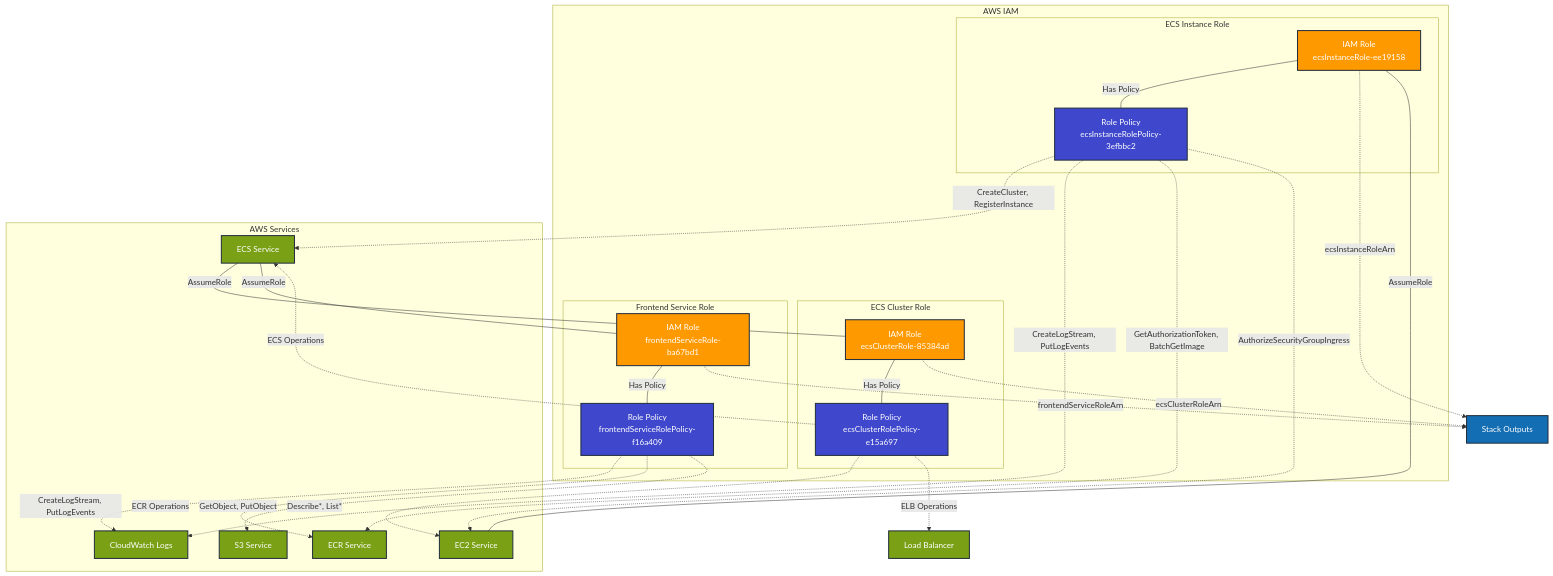
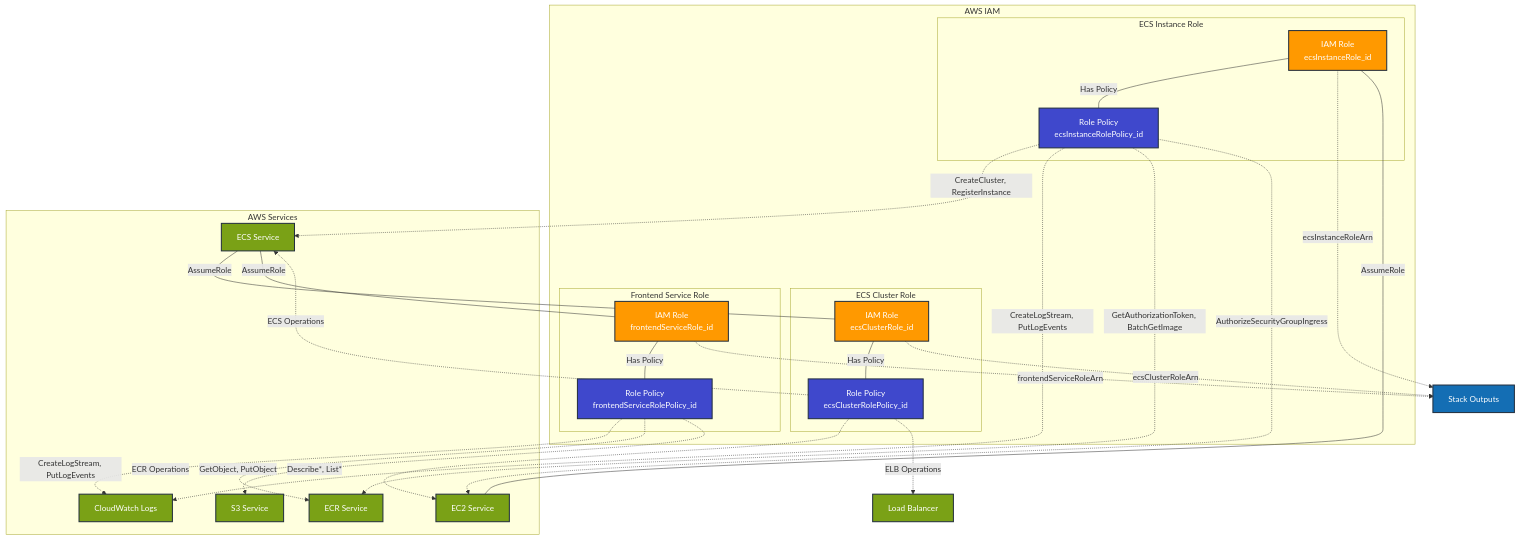
The diagram in stacks/iam-infrastructure-prod.md (Elisabeth-Team/Architecture-Diagrams), drawn with Mermaid before and after one commit. The commit also changed other lines of this file and 7 other files, not shown here.

````diff
--- a/stacks/iam-infrastructure-prod.md
+++ b/stacks/iam-infrastructure-prod.md
@@ -5,69 +5,69 @@
 ```mermaid
 graph TB
     subgraph "AWS IAM"
         subgraph "ECS Instance Role"
-            EIR[IAM Role<br/>ecsInstanceRole-ee19158]
-            EIRP[Role Policy<br/>ecsInstanceRolePolicy-3efbbc2]
+            EIR[IAM Role<br/>ecsInstanceRole_id]
+            EIRP[Role Policy<br/>ecsInstanceRolePolicy_id]
         end
         
         subgraph "ECS Cluster Role"
-            ECR[IAM Role<br/>ecsClusterRole-85384ad]
-            ECRP[Role Policy<br/>ecsClusterRolePolicy-e15a697]
+            ECR[IAM Role<br/>ecsClusterRole_id]
+            ECRP[Role Policy<br/>ecsClusterRolePolicy_id]
         end
         
         subgraph "Frontend Service Role"
-            FSR[IAM Role<br/>frontendServiceRole-ba67bd1]
-            FSRP[Role Policy<br/>frontendServiceRolePolicy-f16a409]
+            FSR[IAM Role<br/>frontendServiceRole_id]
+            FSRP[Role Policy<br/>frontendServiceRolePolicy_id]
         end
     end
     
     subgraph "AWS Services"
         EC2[EC2 Service]
         ECS[ECS Service]
         LOGS[CloudWatch Logs]
         ECR_SVC[ECR Service]
         S3[S3 Service]
     end
     
     %% Trust Relationships
     EC2 ---|AssumeRole| EIR
     ECS ---|AssumeRole| ECR
     ECS ---|AssumeRole| FSR
     
     %% Policy Attachments
     EIR ---|Has Policy| EIRP
     ECR ---|Has Policy| ECRP
     FSR ---|Has Policy| FSRP
     
     %% Permissions (ECS Instance Role)
     EIRP -.->|CreateCluster, RegisterInstance| ECS
     EIRP -.->|CreateLogStream, PutLogEvents| LOGS
     EIRP -.->|GetAuthorizationToken, BatchGetImage| ECR_SVC
     EIRP -.->|AuthorizeSecurityGroupIngress| EC2
     
     %% Permissions (ECS Cluster Role)
     ECRP -.->|Describe*, List*| EC2
     ECRP -.->|ELB Operations| ELB[Load Balancer]
     ECRP -.->|ECS Operations| ECS
     
     %% Permissions (Frontend Service Role)
     FSRP -.->|CreateLogStream, PutLogEvents| LOGS
     FSRP -.->|ECR Operations| ECR_SVC
     FSRP -.->|GetObject, PutObject| S3
     
     %% Stack Outputs (exported to other stacks)
     EIR -.->|ecsInstanceRoleArn| OUTPUTS[Stack Outputs]
     ECR -.->|ecsClusterRoleArn| OUTPUTS
     FSR -.->|frontendServiceRoleArn| OUTPUTS
     
     %% Styling
     classDef role fill:#FF9900,stroke:#232F3E,stroke-width:2px,color:#fff
     classDef policy fill:#3F48CC,stroke:#232F3E,stroke-width:2px,color:#fff
     classDef service fill:#7AA116,stroke:#232F3E,stroke-width:2px,color:#fff
     classDef outputs fill:#146EB4,stroke:#232F3E,stroke-width:2px,color:#fff
     
     class EIR,ECR,FSR role
     class EIRP,ECRP,FSRP policy
     class EC2,ECS,LOGS,ECR_SVC,S3,ELB service
     class OUTPUTS outputs
 ```
````
